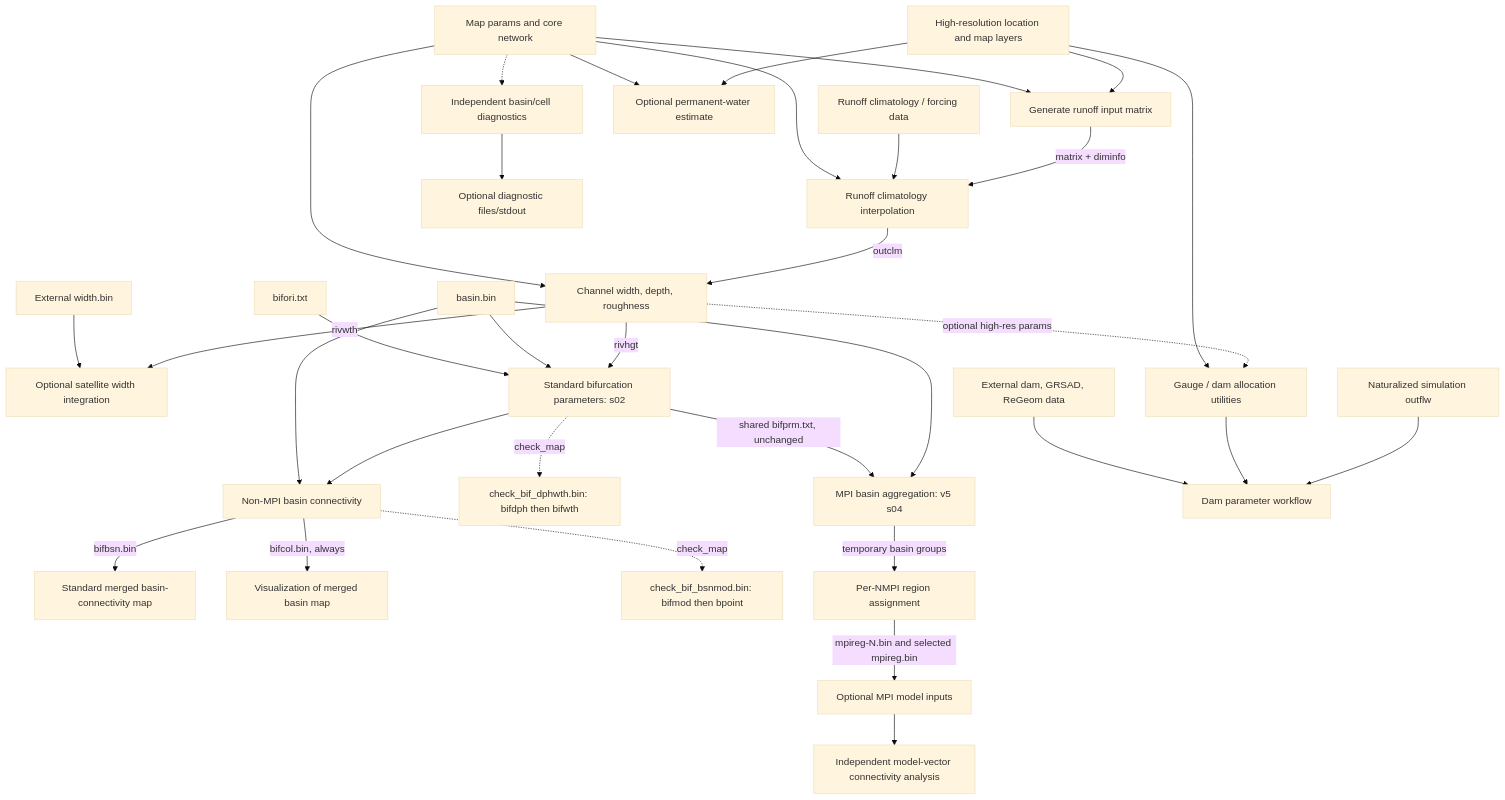
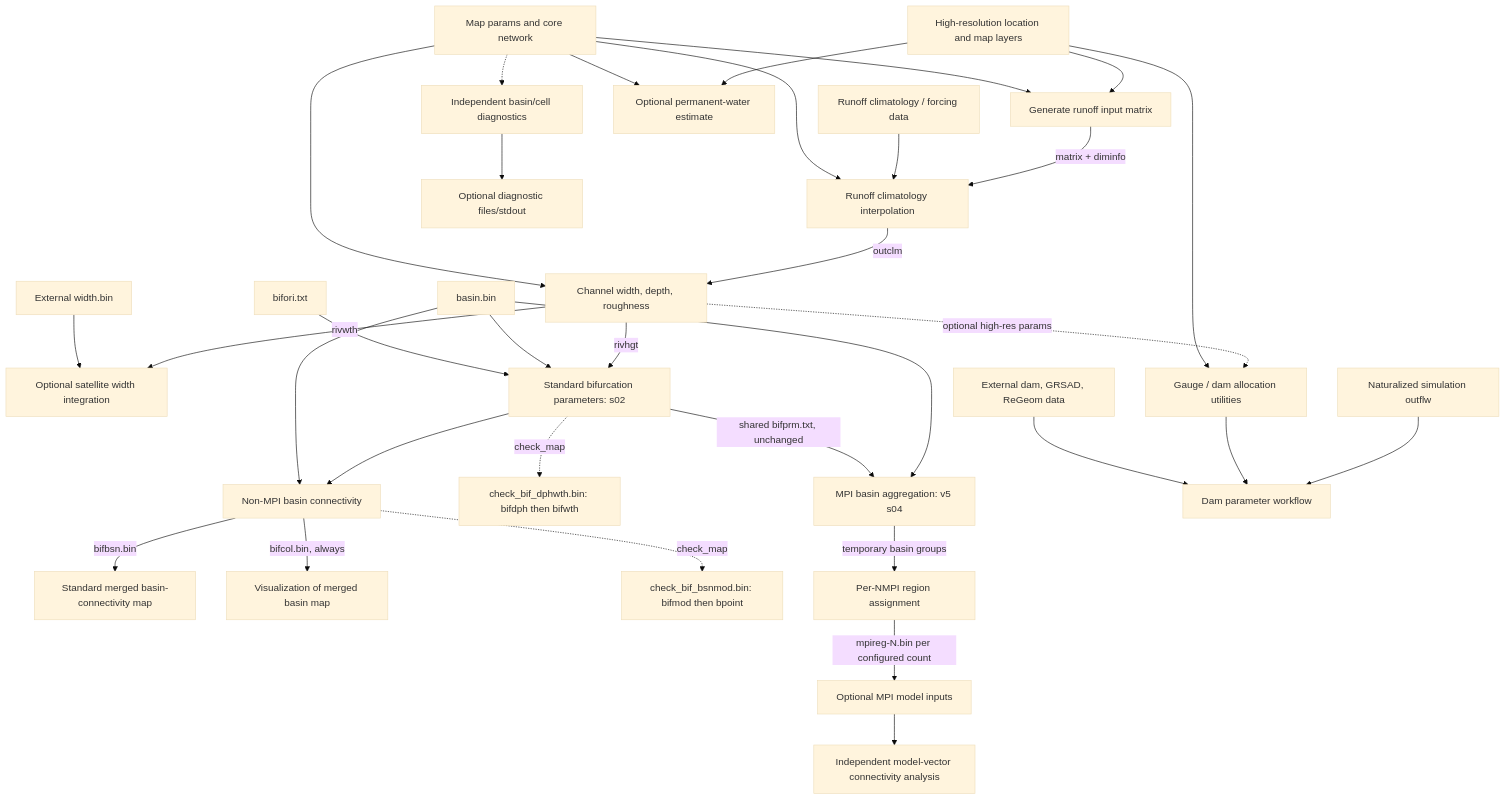
The diagram in docs/map_params_migration_plan.md (global-hydrodynamics/CaMa-Flood_v4), drawn with Mermaid (base theme) before and after one commit. The commit also changed other lines of this file and 75 other files, not shown here.

````diff
--- a/docs/map_params_migration_plan.md
+++ b/docs/map_params_migration_plan.md
@@ -79,35 +79,35 @@
 ```mermaid
 flowchart TD
   H[High-resolution location and map layers] --> IM[Generate runoff input matrix]
   P[Map params and core network] --> IM
   IM -->|matrix + diminfo| Q[Runoff climatology interpolation]
   R[Runoff climatology / forcing data] --> Q
   P --> Q
   Q -->|outclm| CH[Channel width, depth, roughness]
   P --> CH
   CH -->|rivwth| GW[Optional satellite width integration]
   W[External width.bin] --> GW
   CH -->|rivhgt| BF[Standard bifurcation parameters: s02]
   B[basin.bin] --> BF
   I[bifori.txt] --> BF
   BF --> BC[Non-MPI basin connectivity]
   B --> BC
   BC -->|bifbsn.bin| BMAP[Standard merged basin-connectivity map]
   BC -->|bifcol.bin, always| VIS[Visualization of merged basin map]
   BC -. check_map .-> BDIAG[check_bif_bsnmod.bin: bifmod then bpoint]
   BF -. check_map .-> HCDIAG[check_bif_dphwth.bin: bifdph then bifwth]
   B --> MB[MPI basin aggregation: v5 s04]
   BF -->|shared bifprm.txt, unchanged| MB
   MB -->|temporary basin groups| MR[Per-NMPI region assignment]
-  MR -->|mpireg-N.bin and selected mpireg.bin| MPI[Optional MPI model inputs]
+  MR -->|mpireg-N.bin per configured count| MPI[Optional MPI model inputs]
   MPI --> DIAG[Independent model-vector connectivity analysis]
   H --> PW[Optional permanent-water estimate]
   P --> PW
   CH -. optional high-res params .-> ALLOC[Gauge / dam allocation utilities]
   H --> ALLOC
   SIM[Naturalized simulation outflw] --> DAM[Dam parameter workflow]
   ALLOC --> DAM
   EXT[External dam, GRSAD, ReGeom data] --> DAM
   P -.-> ANA[Independent basin/cell diagnostics]
   ANA --> AO[Optional diagnostic files/stdout]
 ```
````
